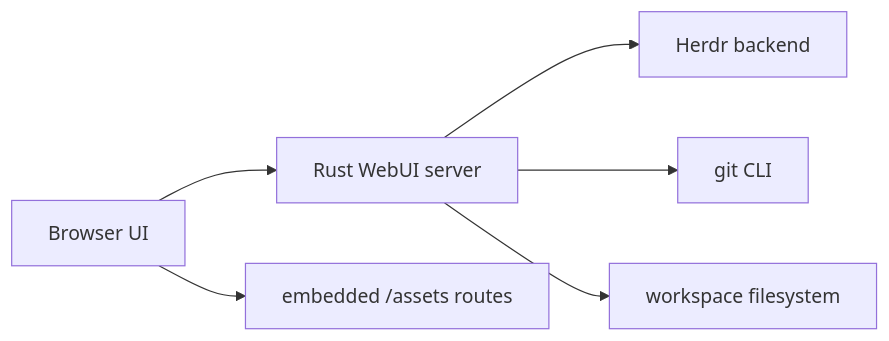
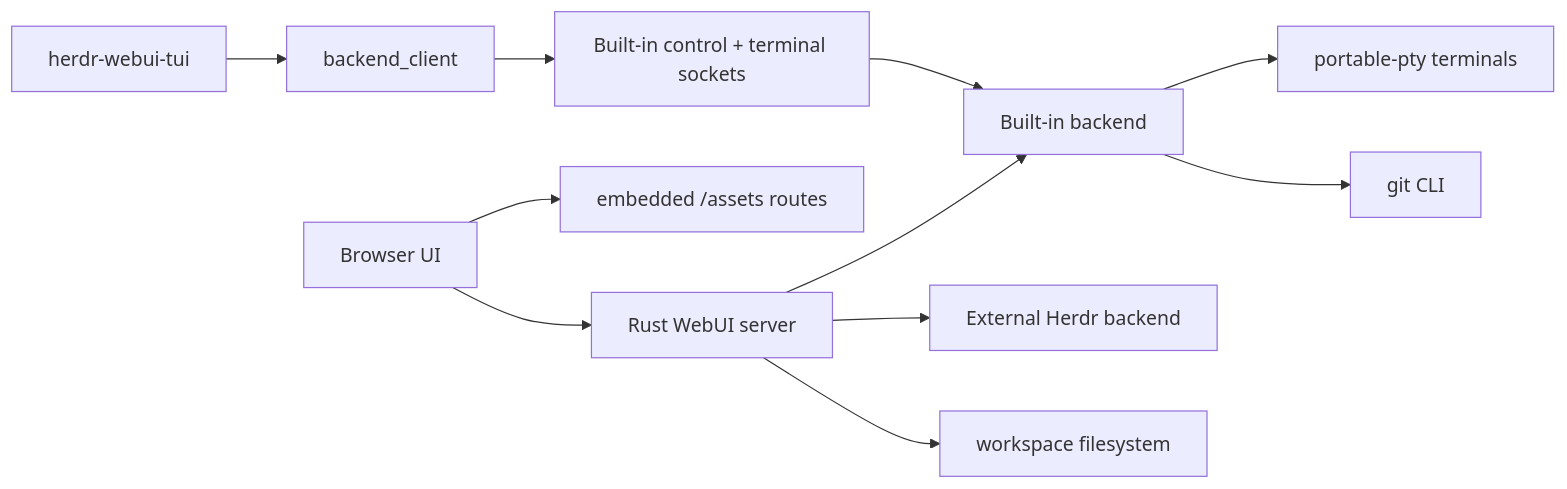
The diagram in docs/technical-details.md (alecuba16/herdr-webui), drawn with Mermaid before and after one commit. The commit also changed other lines of this file and 4 other files, not shown here.

Commit message:
document builtin backend and stabilize jcode status

````diff
--- a/docs/technical-details.md
+++ b/docs/technical-details.md
@@ -9,8 +9,13 @@
 ```mermaid
 flowchart LR
   Browser[Browser UI] --> WebUI[Rust WebUI server]
-  WebUI --> Herdr[Herdr backend]
-  WebUI --> Git[git CLI]
+  WebUI --> Builtin[Built-in backend]
+  WebUI --> Herdr[External Herdr backend]
+  Builtin --> Pty[portable-pty terminals]
+  Builtin --> Git[git CLI]
   WebUI --> FS[workspace filesystem]
   Browser --> Assets[embedded /assets routes]
+  TUI[herdr-webui-tui] --> Client[backend_client]
+  Client --> BuiltinSockets[Built-in control + terminal sockets]
+  BuiltinSockets --> Builtin
 ```
````
